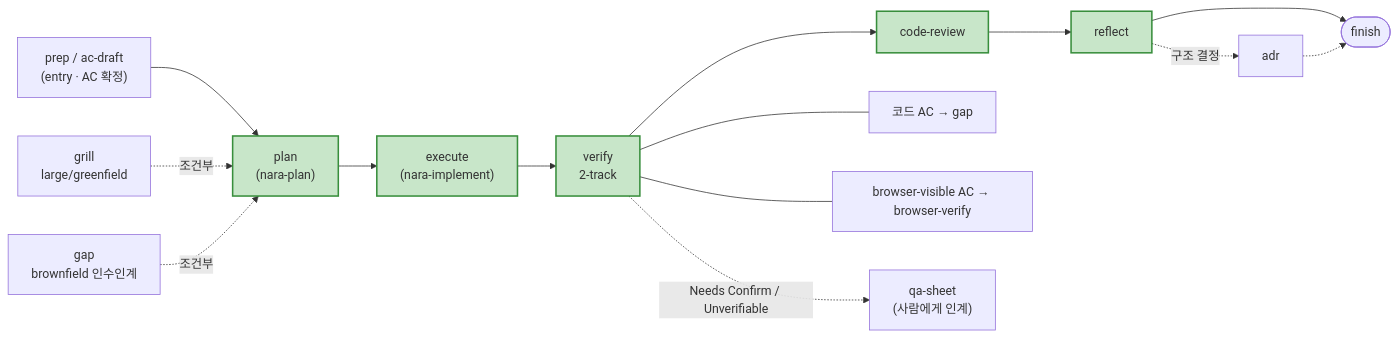
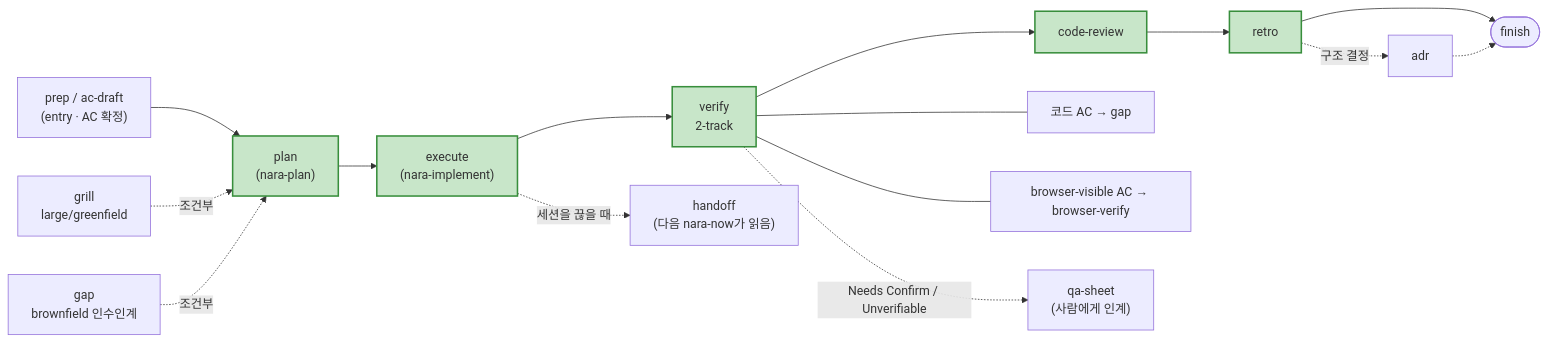
Before and after one commit to narashin/nara-kit: the first of 2 diagrams in skills/README.md, drawn with Mermaid. The commit also changed other lines of this file and 87 other files, not shown here.

````diff
--- a/skills/README.md
+++ b/skills/README.md
@@ -157,16 +158,17 @@
 ```mermaid
 flowchart LR
-    E["prep / ac-draft<br>(entry · AC 확정)"] --> P["plan<br>(nara-plan)"] --> X["execute<br>(nara-implement)"] --> V["verify<br>2-track"] --> R[code-review] --> RF[reflect] --> F([finish])
+    E["prep / ac-draft<br>(entry · AC 확정)"] --> P["plan<br>(nara-plan)"] --> X["execute<br>(nara-implement)"] --> V["verify<br>2-track"] --> R[code-review] --> RF[retro] --> F([finish])
     B["grill<br>large/greenfield"] -. 조건부 .-> P
     G["gap<br>brownfield 인수인계"] -. 조건부 .-> P
     V --- V1["코드 AC → gap"]
     V --- V2["browser-visible AC → browser-verify"]
     V -. Needs Confirm / Unverifiable .-> Q["qa-sheet<br>(사람에게 인계)"]
     RF -. 구조 결정 .-> A[adr] -.-> F
+    X -. 세션을 끊을 때 .-> H["handoff<br>(다음 nara-now가 읽음)"]
 
     style P fill:#c8e6c9,stroke:#388e3c,stroke-width:2px
     style X fill:#c8e6c9,stroke:#388e3c,stroke-width:2px
     style V fill:#c8e6c9,stroke:#388e3c,stroke-width:2px
     style R fill:#c8e6c9,stroke:#388e3c,stroke-width:2px
     style RF fill:#c8e6c9,stroke:#388e3c,stroke-width:2px
 ```
````
